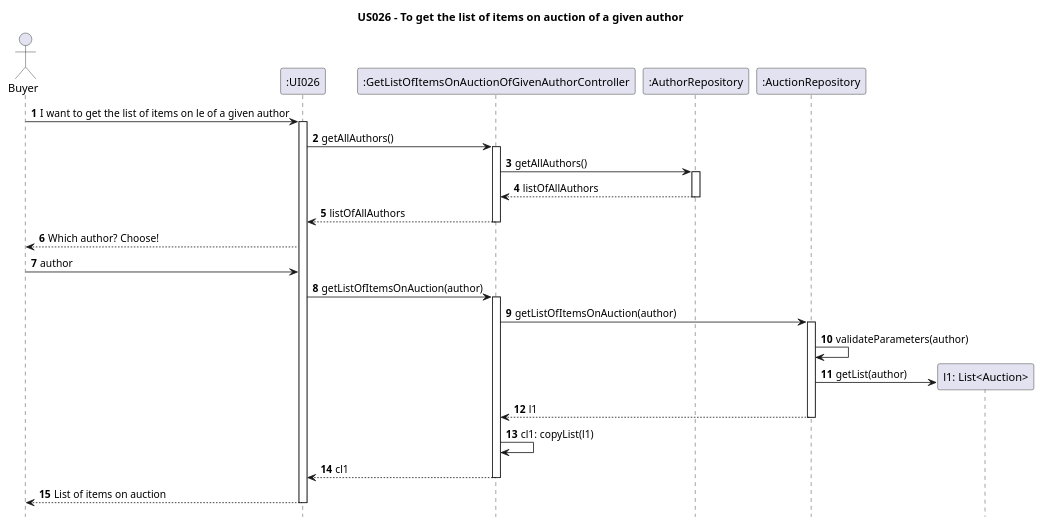
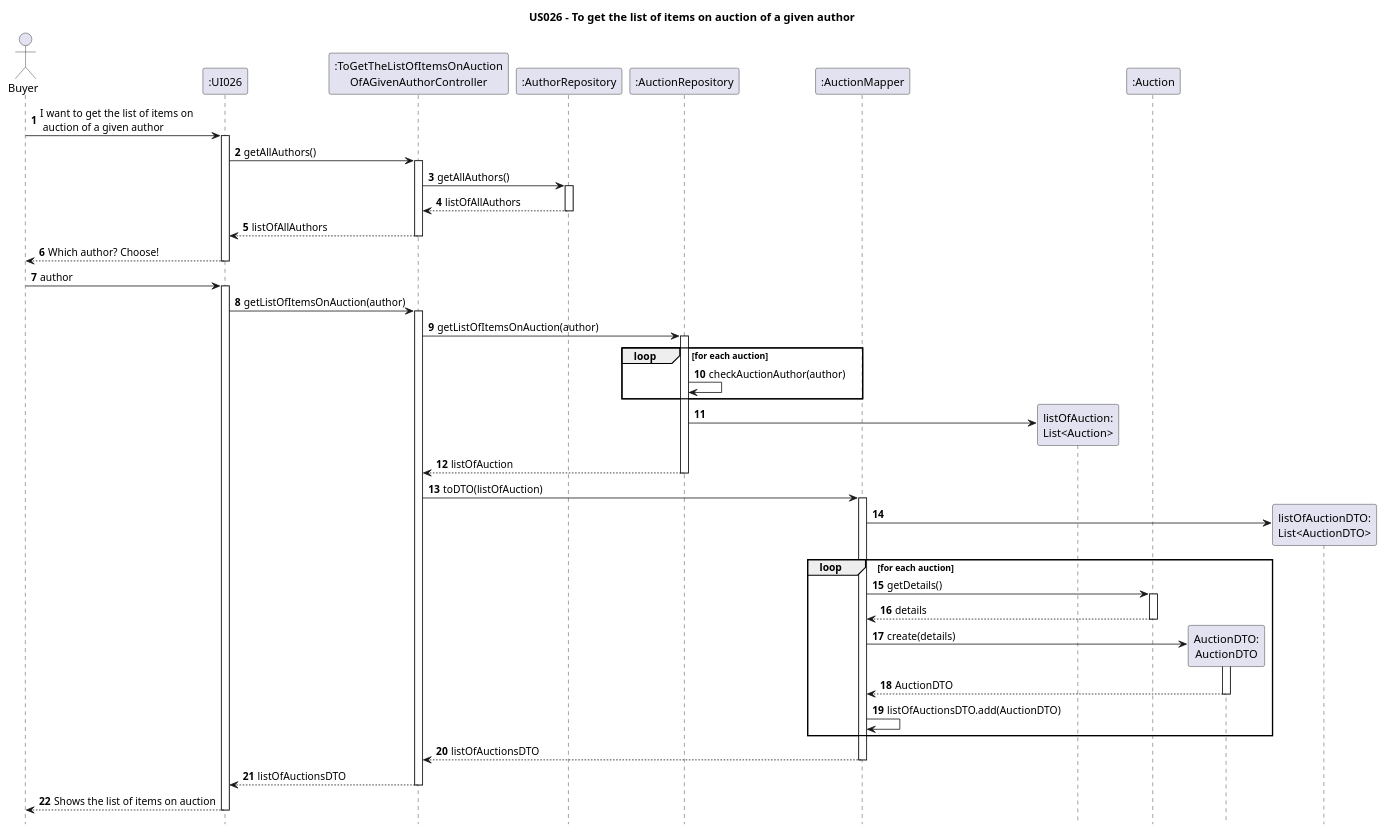
Before and after one commit to AndrePereiraGitH/SWitCH-Project-Team_A: the diagram in Diagrams/SequenceDiagrams/N2/US026-to-get-the-list-of-items-on-auction-of-a-given-author.puml, drawn with PlantUML. The commit also changed 3 other files, not shown here.

```diff
--- a/Diagrams/SequenceDiagrams/N2/US026-to-get-the-list-of-items-on-auction-of-a-given-author.puml
+++ b/Diagrams/SequenceDiagrams/N2/US026-to-get-the-list-of-items-on-auction-of-a-given-author.puml
@@ -1,52 +1,79 @@
 @startuml
 
 hide footbox
 autonumber
 title US026 - To get the list of items on auction of a given author
 
 actor Buyer
+
+' Participants
 participant ":UI026" as UI026
+participant ":ToGetTheListOfItemsOnAuction\nOfAGivenAuthorController" as Ctrl
+participant ":AuthorRepository" as AuthorRepository
+participant ":AuctionRepository" as AuctionRepository
+participant ":AuctionMapper" as Mapper
+participant "listOfAuction:\nList<Auction>" as ListDS
+participant ":Auction" as DSDomain
+participant "AuctionDTO:\nAuctionDTO" as DTO
+participant "listOfAuctionDTO:\nList<AuctionDTO>" as ListDTO
 
-participant ":GetListOfItemsOnAuctionOfGivenAuthorController" as GetListOfItemsOnAuctionOfGivenAuthorController
 
-participant ":AuthorRepository" as AuthorRepository
+' Interactions
+Buyer -> UI026 : I want to get the list of items on\n auction of a given author
+activate UI026
+UI026 -> Ctrl : getAllAuthors()
+activate Ctrl
+Ctrl -> AuthorRepository: getAllAuthors()
+activate AuthorRepository
+AuthorRepository --> Ctrl: listOfAllAuthors
+deactivate AuthorRepository
+Ctrl --> UI026 : listOfAllAuthors
+deactivate Ctrl
+Buyer <-- UI026 : Which author? Choose!
+deactivate UI026
+Buyer -> UI026 : author
+activate UI026
 
-participant ":AuctionRepository" as AuctionRepository
+UI026 -> Ctrl : getListOfItemsOnAuction(author)
+activate Ctrl
 
-Buyer -> UI026 : I want to get the list of items on le of a given author
-activate UI026
-UI026 -> GetListOfItemsOnAuctionOfGivenAuthorController : getAllAuthors()
-activate GetListOfItemsOnAuctionOfGivenAuthorController
-GetListOfItemsOnAuctionOfGivenAuthorController -> AuthorRepository: getAllAuthors()
-activate AuthorRepository
-AuthorRepository --> GetListOfItemsOnAuctionOfGivenAuthorController: listOfAllAuthors
-deactivate AuthorRepository
-GetListOfItemsOnAuctionOfGivenAuthorController --> UI026 : listOfAllAuthors
-deactivate GetListOfItemsOnAuctionOfGivenAuthorController
-Buyer <-- UI026 : Which author? Choose!
-Buyer -> UI026 : author
-
-UI026 -> GetListOfItemsOnAuctionOfGivenAuthorController : getListOfItemsOnAuction(author)
-activate GetListOfItemsOnAuctionOfGivenAuthorController
-
-GetListOfItemsOnAuctionOfGivenAuthorController -> AuctionRepository : getListOfItemsOnAuction(author)
+Ctrl -> AuctionRepository : getListOfItemsOnAuction(author)
 activate AuctionRepository
 
+loop for each auction
+    AuctionRepository -> AuctionRepository : checkAuctionAuthor(author)
+end
 
-AuctionRepository -> AuctionRepository : validateParameters(author)
+AuctionRepository -> ListDS ** :
+AuctionRepository --> Ctrl : listOfAuction
 
-create "l1: List<Auction>" as ListOfAuction
-AuctionRepository -> ListOfAuction : getList(author)
-
-AuctionRepository --> GetListOfItemsOnAuctionOfGivenAuthorController : l1
 deactivate AuctionRepository
 
-GetListOfItemsOnAuctionOfGivenAuthorController -> GetListOfItemsOnAuctionOfGivenAuthorController : cl1: copyList(l1)
+Ctrl -> Mapper : toDTO(listOfAuction)
+activate Mapper
+Mapper -> ListDTO ** :
 
-GetListOfItemsOnAuctionOfGivenAuthorController --> UI026 : cl1
-deactivate GetListOfItemsOnAuctionOfGivenAuthorController
+    loop for each auction
+        Mapper -> DSDomain : getDetails()
+        activate DSDomain
+        DSDomain --> Mapper : details
+        deactivate DSDomain
 
-UI026 --> Buyer : List of items on auction
+        Mapper -> DTO ** : create(details)
+        activate DTO
+        DTO --> Mapper : AuctionDTO
+        deactivate DTO
+
+        Mapper -> Mapper : listOfAuctionsDTO.add(AuctionDTO)
+    end
+
+Mapper --> Ctrl : listOfAuctionsDTO
+deactivate Mapper
+
+Ctrl --> UI026 : listOfAuctionsDTO
+deactivate Ctrl
+
+UI026 --> Buyer : Shows the list of items on auction
 deactivate UI026
 
 @enduml
```
